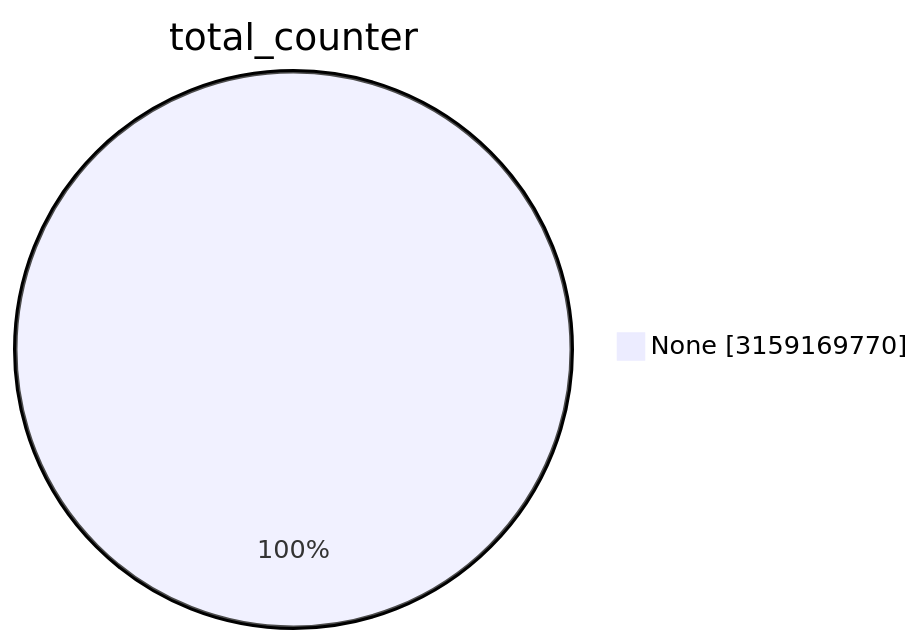
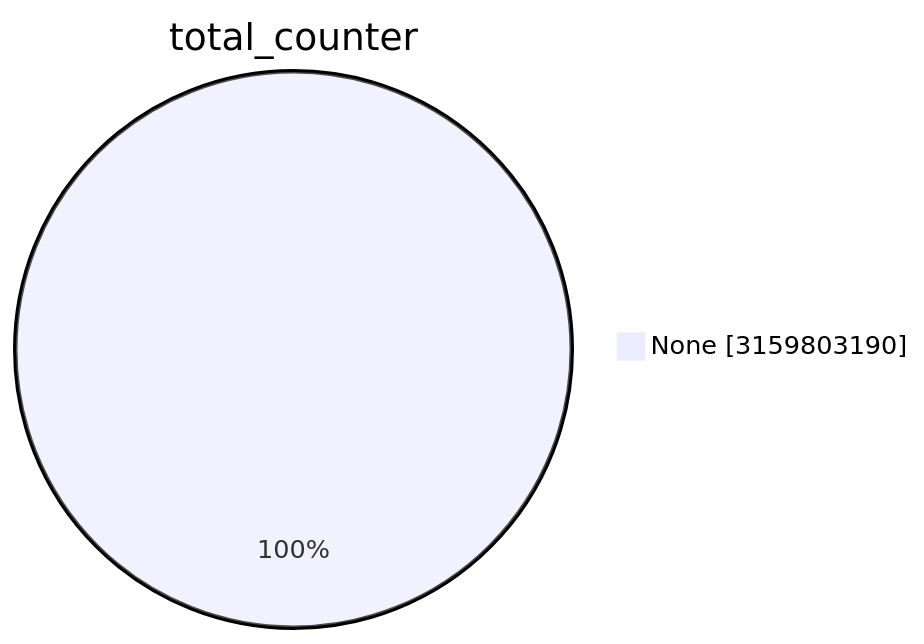
Before and after one commit to christiankrug/ctmonitor_visualization: the first of 15 diagrams in TOTAL/README.md, drawn with Mermaid. The commit also changed other lines of this file, not shown here.

````diff
--- a/TOTAL/README.md
+++ b/TOTAL/README.md
@@ -1,5 +1,5 @@
 ```mermaid
 pie showData
 title total_counter
-"None" :3159169770
+"None" :3159803190
 ```
````
